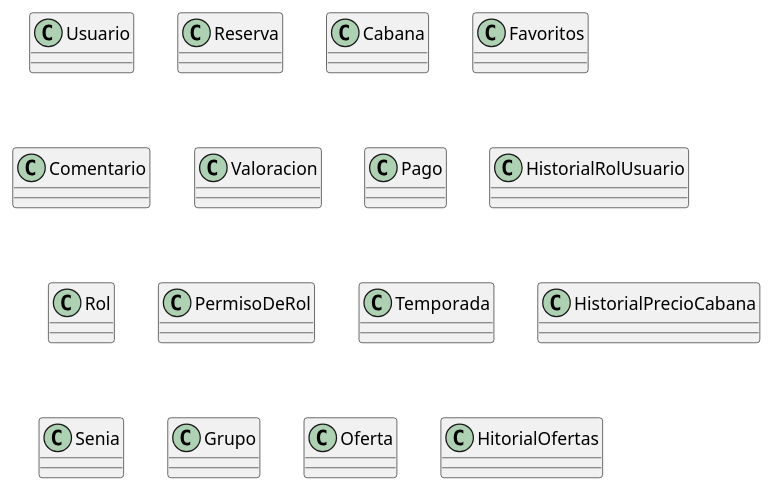
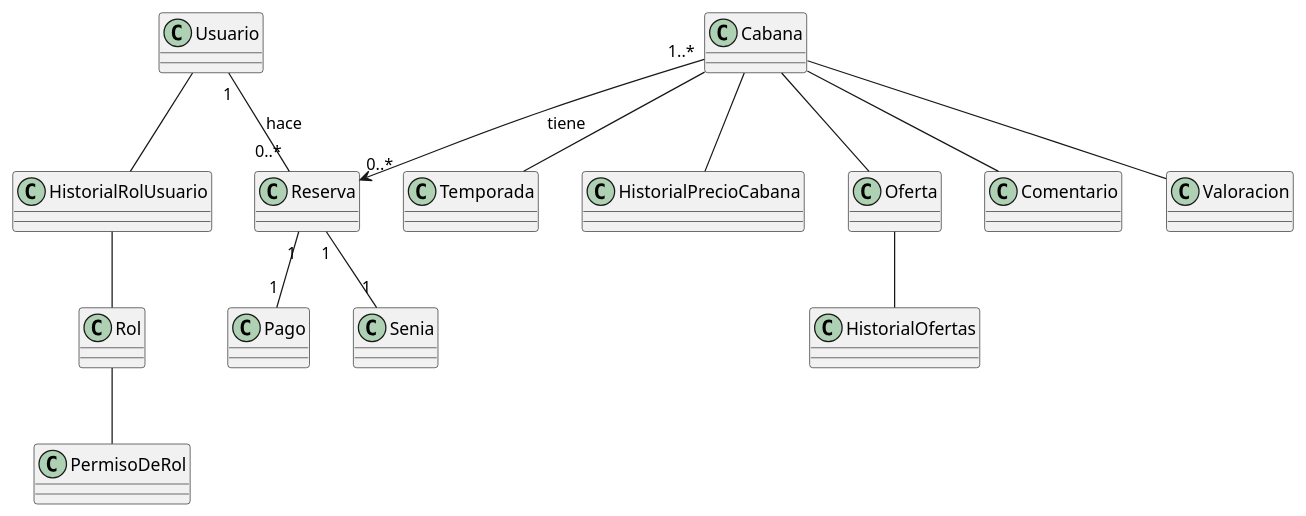
The diagram in diag_clases2.puml (DiegoGit35/modelado), drawn with PlantUML before and after one commit. The commit also changed 2 other files, not shown here.

```diff
--- a/diag_clases2.puml
+++ b/diag_clases2.puml
@@ -1,34 +1,51 @@
 @startuml
 
 class Usuario {}
 
 class Reserva {}
 
 class Cabana {}
 
-class Favoritos {}
+' class Favoritos {}
 
 class Comentario {}
 
 class Valoracion {}
 
 class Pago {}
 
 class HistorialRolUsuario {}
 
 class Rol {}
 
 class PermisoDeRol {}
 
 class Temporada {}
 
 class HistorialPrecioCabana {}
 
 class Senia {}
 
-class Grupo {}
+' class Grupo {}
 
 class Oferta {}
 
-class HitorialOfertas {}
+class HistorialOfertas {}
+
+Usuario "1" -- "0..*" Reserva : hace
+' Usuario -- Favoritos
+Usuario -- HistorialRolUsuario
+HistorialRolUsuario -- Rol
+Rol -- PermisoDeRol
+Reserva "1" -- "1" Pago 
+Reserva "1" -- "1" Senia
+' Reserva -- Grupo
+Cabana "1..*" --> "0..*" Reserva : tiene
+Cabana -- Temporada
+Cabana -- HistorialPrecioCabana
+Cabana -- Oferta
+Cabana -- Valoracion
+Cabana -- Comentario
+Oferta -- HistorialOfertas 
+
 @enduml
```
